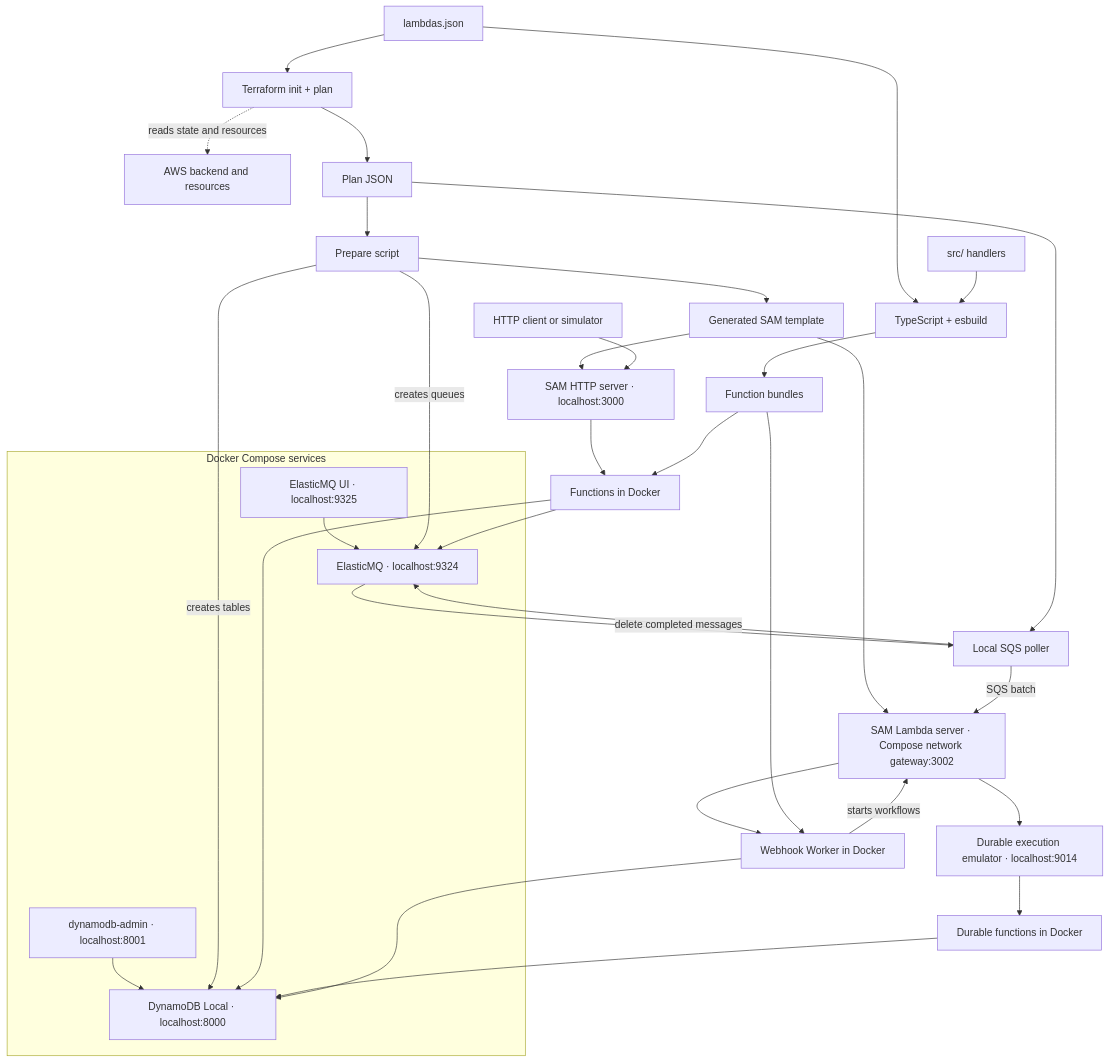
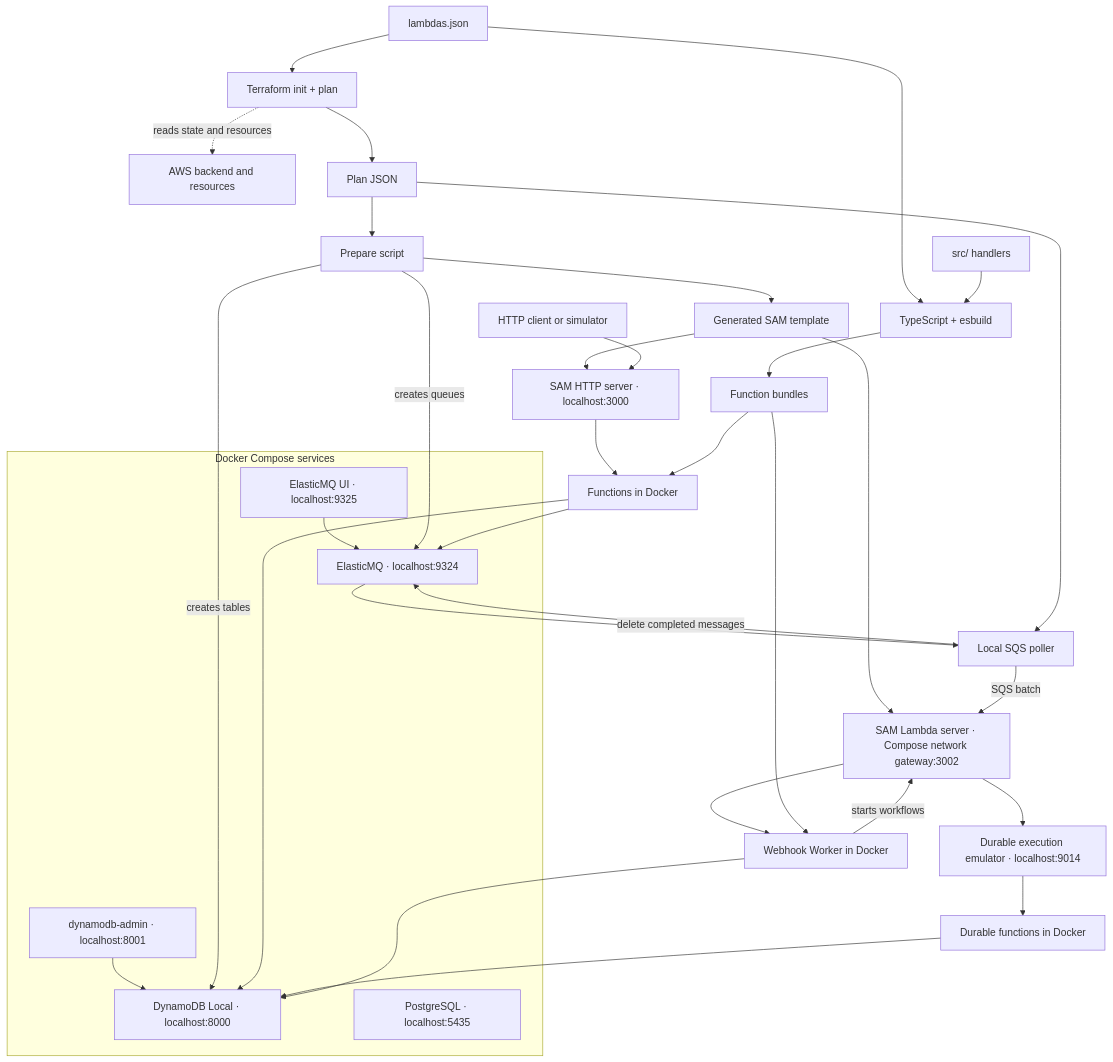
One commit to gabrielroriz/aws-resilient-payment-flow changed the diagram in docs/guides/development.md. Above: the diagram before and after it, drawn with Mermaid. The commit also changed other lines of this file and 11 other files, not shown here.

First line of the commit message:
feat(dev): add a local PostgreSQL history database and shared SQL client

````diff
--- a/docs/guides/development.md
+++ b/docs/guides/development.md
@@ -32,37 +32,38 @@
 ```mermaid
 flowchart TD
     Registry["lambdas.json"] --> Build["TypeScript + esbuild"]
     Source["src/ handlers"] --> Build
     Build --> Bundles["Function bundles"]
     Registry --> Terraform["Terraform init + plan"]
     Terraform -. "reads state and resources" .-> AWS["AWS backend and resources"]
     Terraform --> Plan["Plan JSON"]
     Plan --> Prepare["Prepare script"]
     Prepare --> Template["Generated SAM template"]
     Template --> SAM["SAM HTTP server · localhost:3000"]
     Client["HTTP client or simulator"] --> SAM
     SAM --> Runtime["Functions in Docker"]
     Bundles --> Runtime
     subgraph Compose["Docker Compose services"]
         DynamoDB["DynamoDB Local · localhost:8000"]
         Admin["dynamodb-admin · localhost:8001"] --> DynamoDB
         SQS["ElasticMQ · localhost:9324"]
         SqsAdmin["ElasticMQ UI · localhost:9325"] --> SQS
+        Postgres["PostgreSQL · localhost:5435"]
     end
     Prepare -->|"creates tables"| DynamoDB
     Prepare -->|"creates queues"| SQS
     Runtime --> DynamoDB
     Runtime --> SQS
     Plan --> Poller["Local SQS poller"]
     SQS --> Poller
     Template --> Invoke["SAM Lambda server · Compose network gateway:3002"]
     Poller -->|"SQS batch"| Invoke
     Invoke --> Worker["Webhook Worker in Docker"]
     Bundles --> Worker
     Worker -->|"starts workflows"| Invoke
     Invoke --> Emulator["Durable execution emulator · localhost:9014"]
     Emulator --> Durable["Durable functions in Docker"]
     Durable --> DynamoDB
     Worker --> DynamoDB
     Poller -->|"delete completed messages"| SQS
 ```
````
